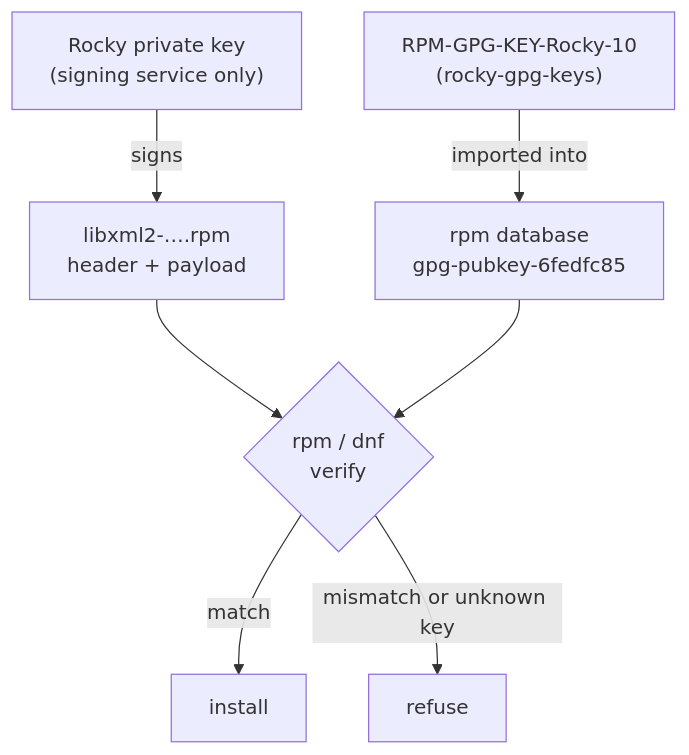
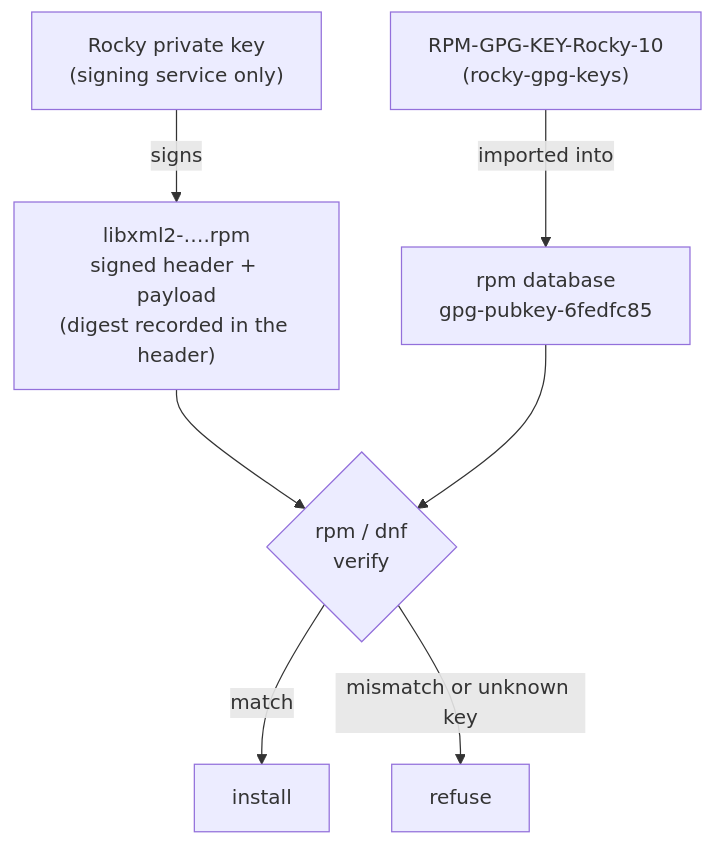
The sixth of 8 diagrams in content/21-inside-rocky-linux.md (ssimpson89/LinuxTrainingCourse), drawn with Mermaid before and after one commit. The commit also changed other lines of this file and 99 other files, not shown here.

````diff
--- a/content/21-inside-rocky-linux.md
+++ b/content/21-inside-rocky-linux.md
@@ -630,9 +676,9 @@
 ```mermaid
 flowchart TB
-    PK["Rocky private key<br/>(signing service only)"] -->|signs| RPM["libxml2-….rpm<br/>header + payload"]
+    PK["Rocky private key<br/>(signing service only)"] -->|signs| RPM["libxml2-….rpm<br/>signed header + payload<br/>(digest recorded in the header)"]
     KF["RPM-GPG-KEY-Rocky-10<br/>(rocky-gpg-keys)"] -->|imported into| DB["rpm database<br/>gpg-pubkey-6fedfc85"]
     RPM --> V{"rpm / dnf<br/>verify"}
     DB --> V
     V -->|match| OK["install"]
     V -->|mismatch or unknown key| NO["refuse"]
 ```
````
